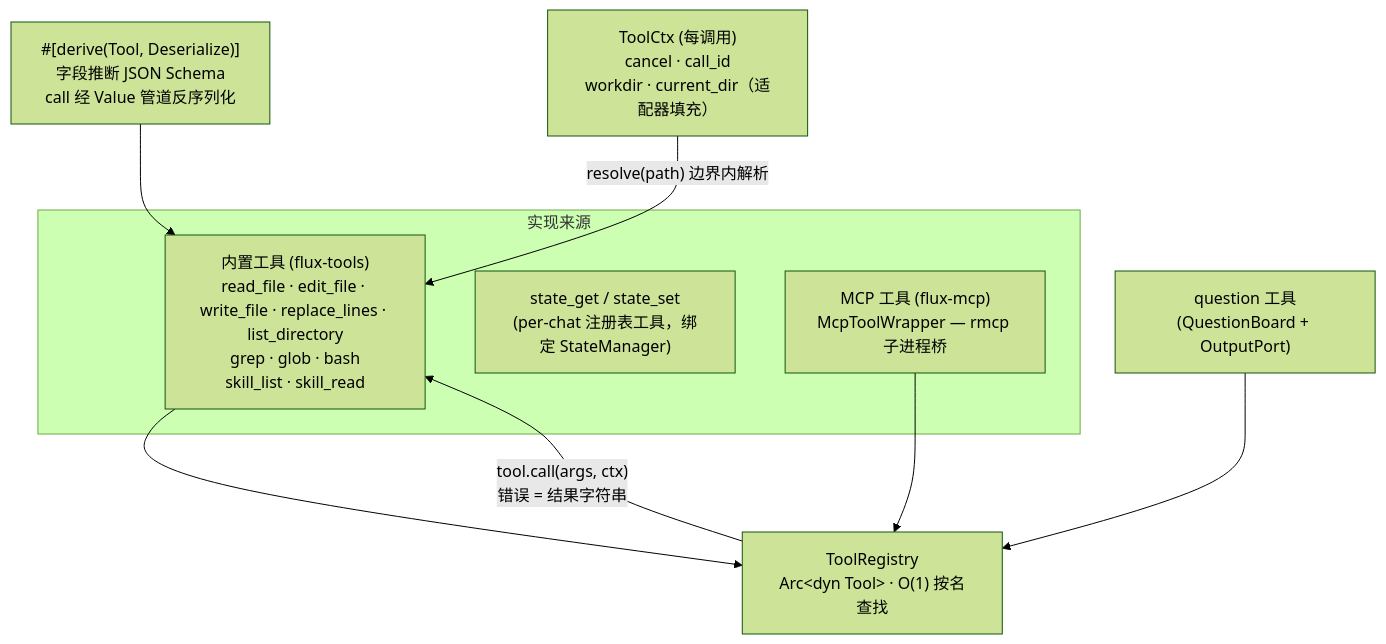
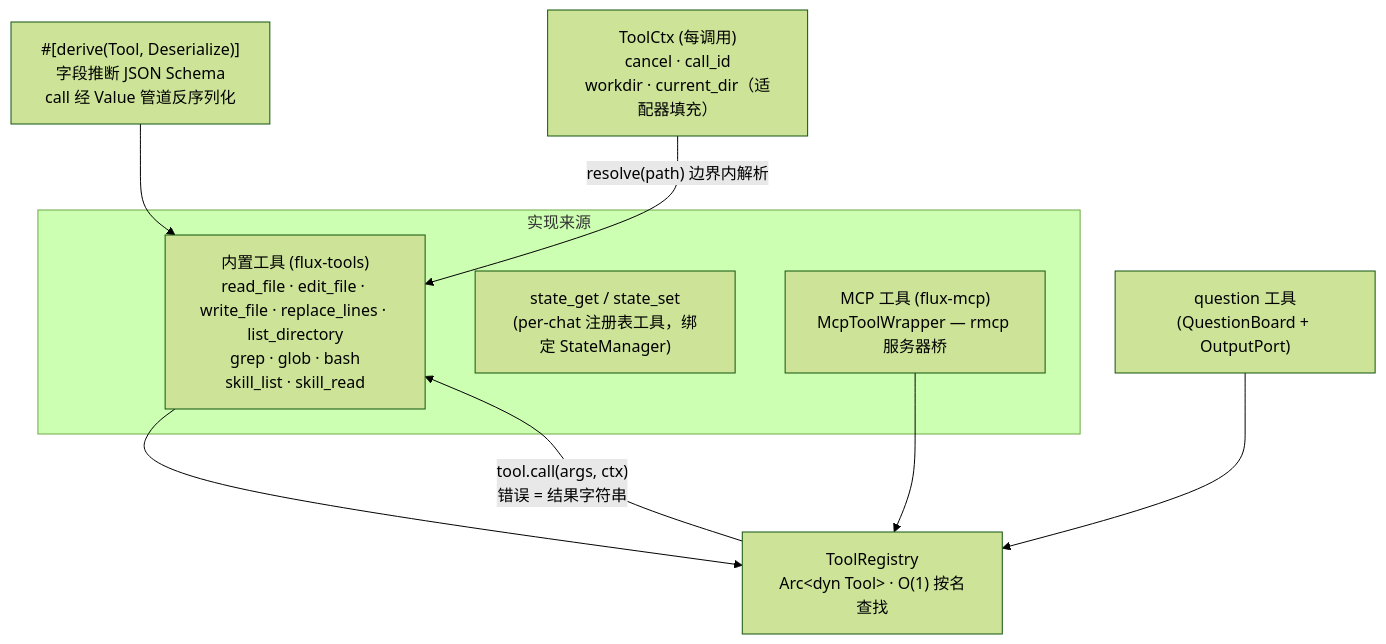
One commit to km0e/flux changed the fifth of 8 diagrams in docs/architecture.md. Above: the diagram before and after it, drawn with Mermaid (forest theme). The commit also changed other lines of this file and 20 other files, not shown here.

````diff
--- a/docs/architecture.md
+++ b/docs/architecture.md
@@ -235,18 +235,18 @@
 ```mermaid
 graph TB
  MACRO["#[derive(Tool, Deserialize)]<br/>字段推断 JSON Schema<br/>call 经 Value 管道反序列化"]
  subgraph IMPL["实现来源"]
  BUILTIN["内置工具 (flux-tools)<br/>read_file · edit_file · write_file · replace_lines · list_directory<br/>grep · glob · bash<br/>skill_list · skill_read"]
  STATE["state_get / state_set<br/>(per-chat 注册表工具，绑定 StateManager)"]
- MCPT["MCP 工具 (flux-mcp)<br/>McpToolWrapper — rmcp 子进程桥"]
+ MCPT["MCP 工具 (flux-mcp)<br/>McpToolWrapper — rmcp 服务器桥"]
  end
  REG["ToolRegistry<br/>Arc&lt;dyn Tool&gt; · O(1) 按名查找"]
  CTX["ToolCtx (每调用)<br/>cancel · call_id<br/>workdir · current_dir（适配器填充）"]
  MACRO --> BUILTIN
  BUILTIN --> REG
  QUESTION["question 工具<br/>(QuestionBoard + OutputPort)"]
  QUESTION --> REG
  MCPT --> REG
  REG -->|"tool.call(args, ctx)<br/>错误 = 结果字符串"| BUILTIN
  CTX -->|"resolve(path) 边界内解析"| BUILTIN
 ```
````
